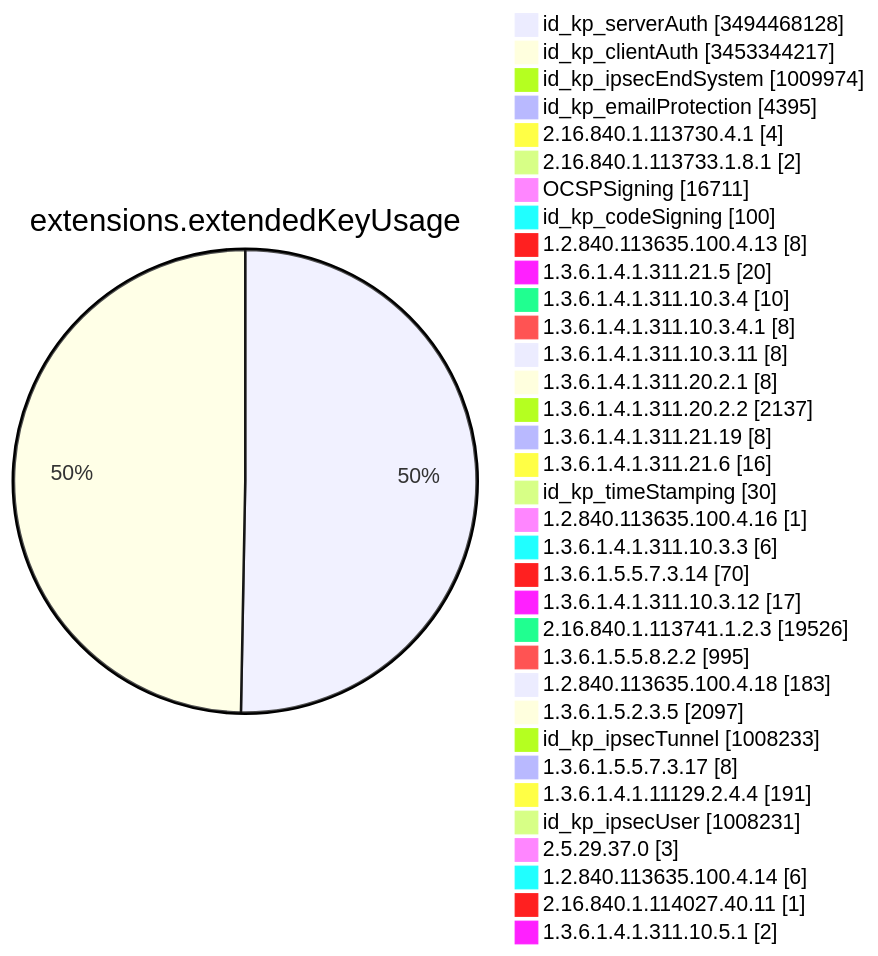
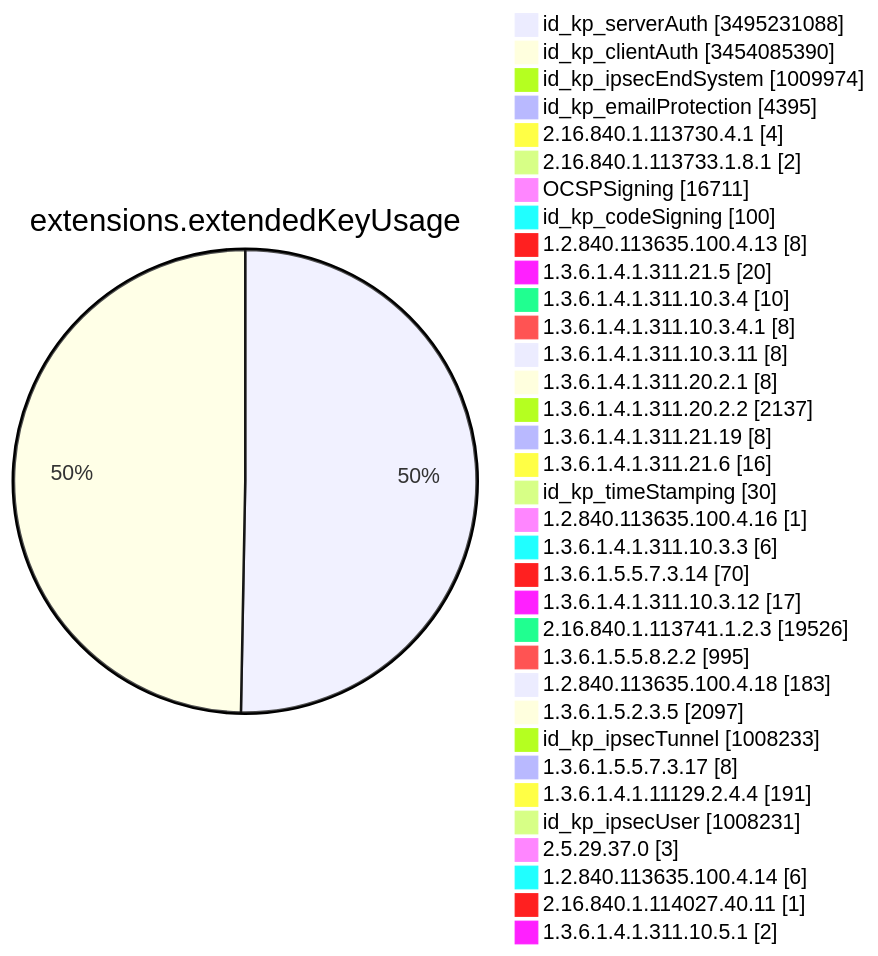
One commit to christiankrug/ctmonitor_visualization changed diagram 11 of 15 in TOTAL/README.md. Above: the diagram before and after it, drawn with Mermaid. The commit also changed other lines of this file, not shown here.

````diff
--- a/TOTAL/README.md
+++ b/TOTAL/README.md
@@ -4124,38 +4124,38 @@
 ```mermaid
 pie showData
 title extensions.extendedKeyUsage
-"id_kp_serverAuth" :3494468128
-"id_kp_clientAuth" :3453344217
+"id_kp_serverAuth" :3495231088
+"id_kp_clientAuth" :3454085390
 "id_kp_ipsecEndSystem" :1009974
 "id_kp_emailProtection" :4395
 "2.16.840.1.113730.4.1" :4
 "2.16.840.1.113733.1.8.1" :2
 "OCSPSigning" :16711
 "id_kp_codeSigning" :100
 "1.2.840.113635.100.4.13" :8
 "1.3.6.1.4.1.311.21.5" :20
 "1.3.6.1.4.1.311.10.3.4" :10
 "1.3.6.1.4.1.311.10.3.4.1" :8
 "1.3.6.1.4.1.311.10.3.11" :8
 "1.3.6.1.4.1.311.20.2.1" :8
 "1.3.6.1.4.1.311.20.2.2" :2137
 "1.3.6.1.4.1.311.21.19" :8
 "1.3.6.1.4.1.311.21.6" :16
 "id_kp_timeStamping" :30
 "1.2.840.113635.100.4.16" :1
 "1.3.6.1.4.1.311.10.3.3" :6
 "1.3.6.1.5.5.7.3.14" :70
 "1.3.6.1.4.1.311.10.3.12" :17
 "2.16.840.1.113741.1.2.3" :19526
 "1.3.6.1.5.5.8.2.2" :995
 "1.2.840.113635.100.4.18" :183
 "1.3.6.1.5.2.3.5" :2097
 "id_kp_ipsecTunnel" :1008233
 "1.3.6.1.5.5.7.3.17" :8
 "1.3.6.1.4.1.11129.2.4.4" :191
 "id_kp_ipsecUser" :1008231
 "2.5.29.37.0" :3
 "1.2.840.113635.100.4.14" :6
 "2.16.840.1.114027.40.11" :1
 "1.3.6.1.4.1.311.10.5.1" :2
 ```
````
